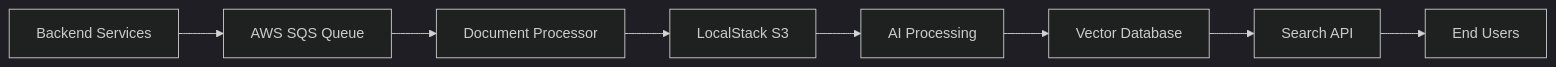
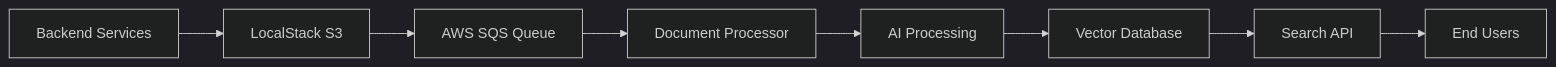
Before and after one commit to Bui-Tung-Hung/The-Documents-Manager: the diagram in README.md, drawn with Mermaid (dark theme).

````diff
--- a/README.md
+++ b/README.md
@@ -34,10 +34,10 @@
 ```mermaid
 graph LR
-    A[Backend Services] --> B[AWS SQS Queue]
-    B --> C[Document Processor]
-    C --> D[LocalStack S3]
+    A[Backend Services] --> B[LocalStack S3]
+    B --> C[AWS SQS Queue]
+    C --> D[Document Processor]
     D --> E[AI Processing]
     E --> F[Vector Database]
     F --> G[Search API]
     G --> H[End Users]
 ```
````
